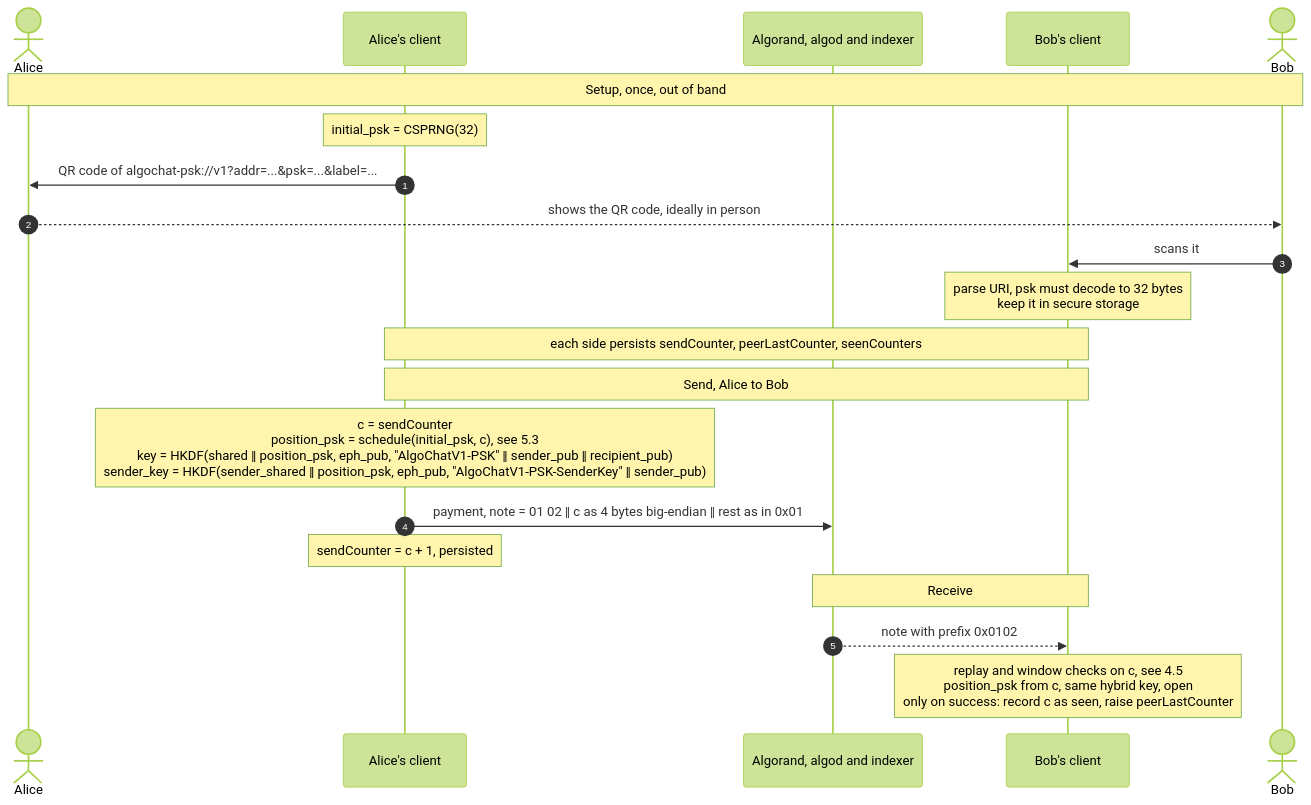
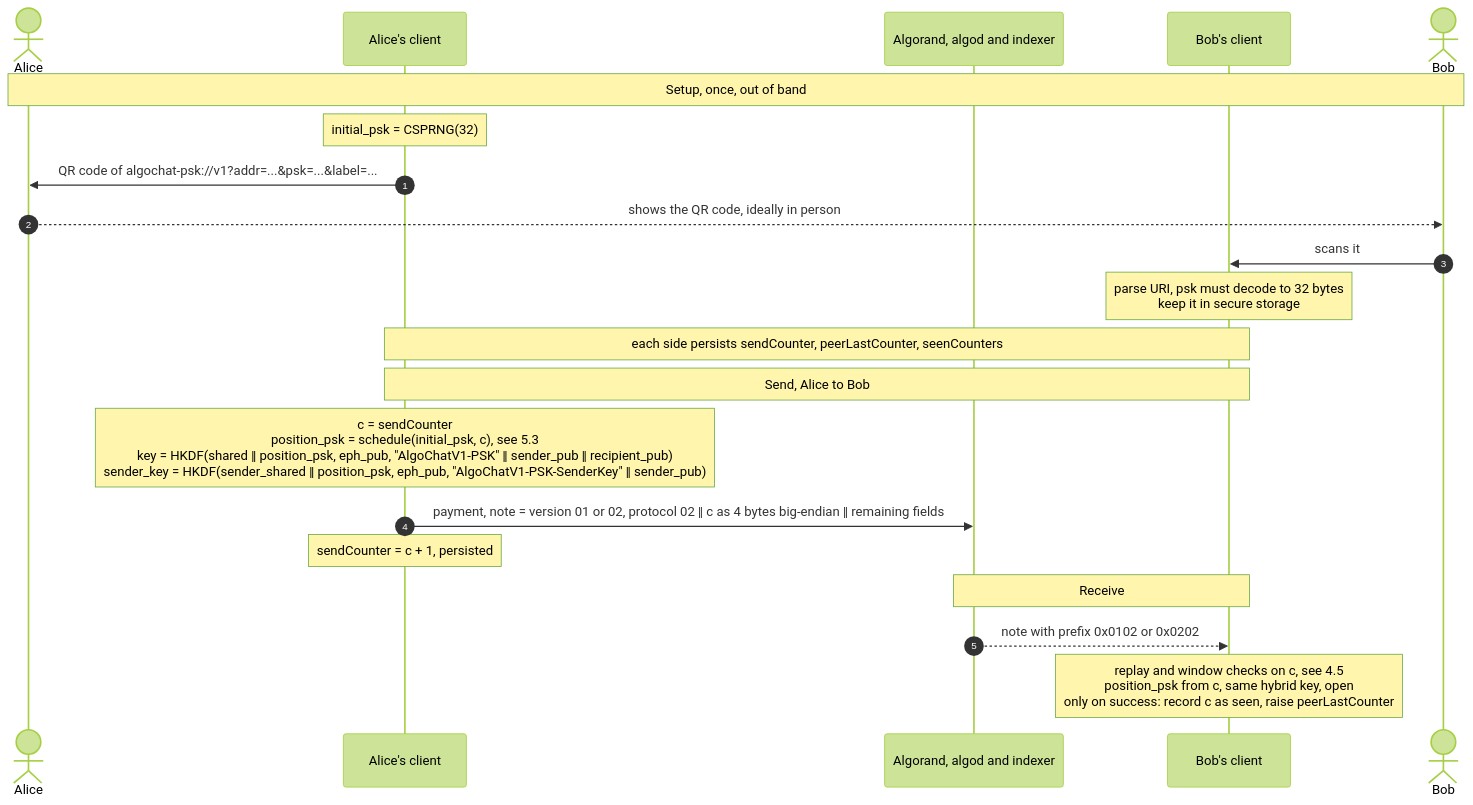
Before and after one commit to CorvidLabs/algochat: the eighth of 15 diagrams in docs/HLD.md, drawn with Mermaid (forest theme). The commit also changed other lines of this file and 116 other files, not shown here.

````diff
--- a/docs/HLD.md
+++ b/docs/HLD.md
@@ -282,23 +292,23 @@
 ```mermaid
 sequenceDiagram
     autonumber
     actor Alice
     participant AC as Alice's client
     participant CH as Algorand, algod and indexer
     participant BC as Bob's client
     actor Bob
     Note over Alice,Bob: Setup, once, out of band
     Note over AC: initial_psk = CSPRNG(32)
     AC->>Alice: QR code of algochat-psk://v1?addr=...&psk=...&label=...
     Alice-->>Bob: shows the QR code, ideally in person
     Bob->>BC: scans it
     Note over BC: parse URI, psk must decode to 32 bytes<br/>keep it in secure storage
     Note over AC,BC: each side persists sendCounter, peerLastCounter, seenCounters
     Note over AC,BC: Send, Alice to Bob
     Note over AC: c = sendCounter<br/>position_psk = schedule(initial_psk, c), see 5.3<br/>key = HKDF(shared ‖ position_psk, eph_pub, "AlgoChatV1-PSK" ‖ sender_pub ‖ recipient_pub)<br/>sender_key = HKDF(sender_shared ‖ position_psk, eph_pub, "AlgoChatV1-PSK-SenderKey" ‖ sender_pub)
-    AC->>CH: payment, note = 01 02 ‖ c as 4 bytes big-endian ‖ rest as in 0x01
+    AC->>CH: payment, note = version 01 or 02, protocol 02 ‖ c as 4 bytes big-endian ‖ remaining fields
     Note over AC: sendCounter = c + 1, persisted
     Note over CH,BC: Receive
-    CH-->>BC: note with prefix 0x0102
+    CH-->>BC: note with prefix 0x0102 or 0x0202
     Note over BC: replay and window checks on c, see 4.5<br/>position_psk from c, same hybrid key, open<br/>only on success: record c as seen, raise peerLastCounter
 ```
````
